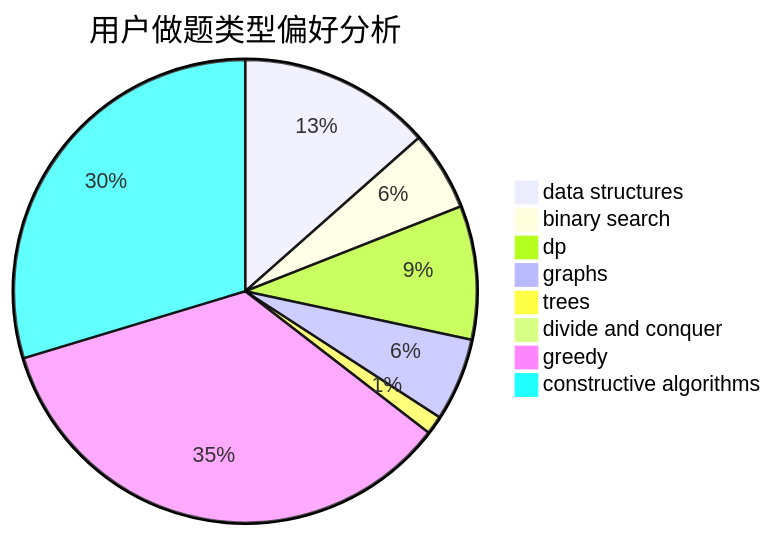
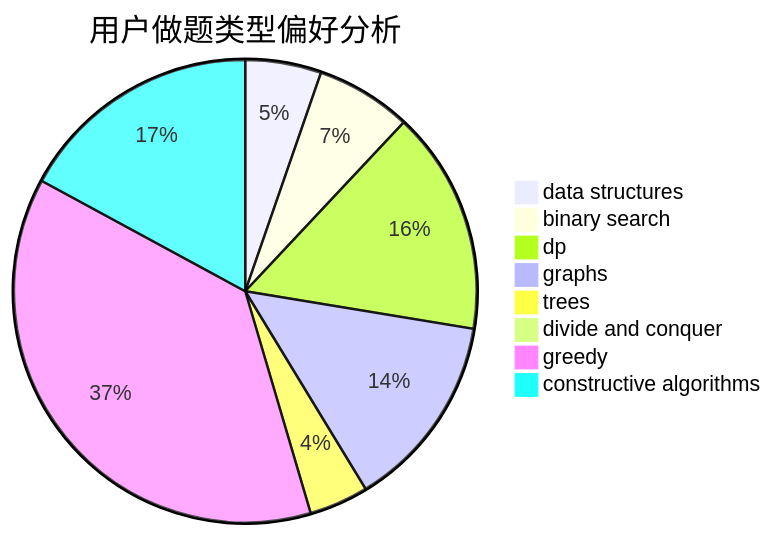
One commit to sherpahu/cfrs.github.io changed the second of 3 diagrams in docs/user/u1218.md. Above: the diagram before and after it, drawn with Mermaid. The commit also changed other lines of this file and 2770 other files, not shown here.

````diff
--- a/docs/user/u1218.md
+++ b/docs/user/u1218.md
@@ -23,11 +23,11 @@
 ```mermaid
 pie title 用户做题类型偏好分析
-    "data structures" :  114
-    "binary search" :  47
-    "dp" :  79
-    "graphs" :  49
-    "trees" :  11
-    "divide and conquer" :  1
-    "greedy" :  295
-    "constructive algorithms" :  251
+    "data structures" :  50
+    "binary search" :  63
+    "dp" :  147
+    "graphs" :  129
+    "trees" :  39
+    "divide and conquer" :  0
+    "greedy" :  353
+    "constructive algorithms" :  161
 ```
````
